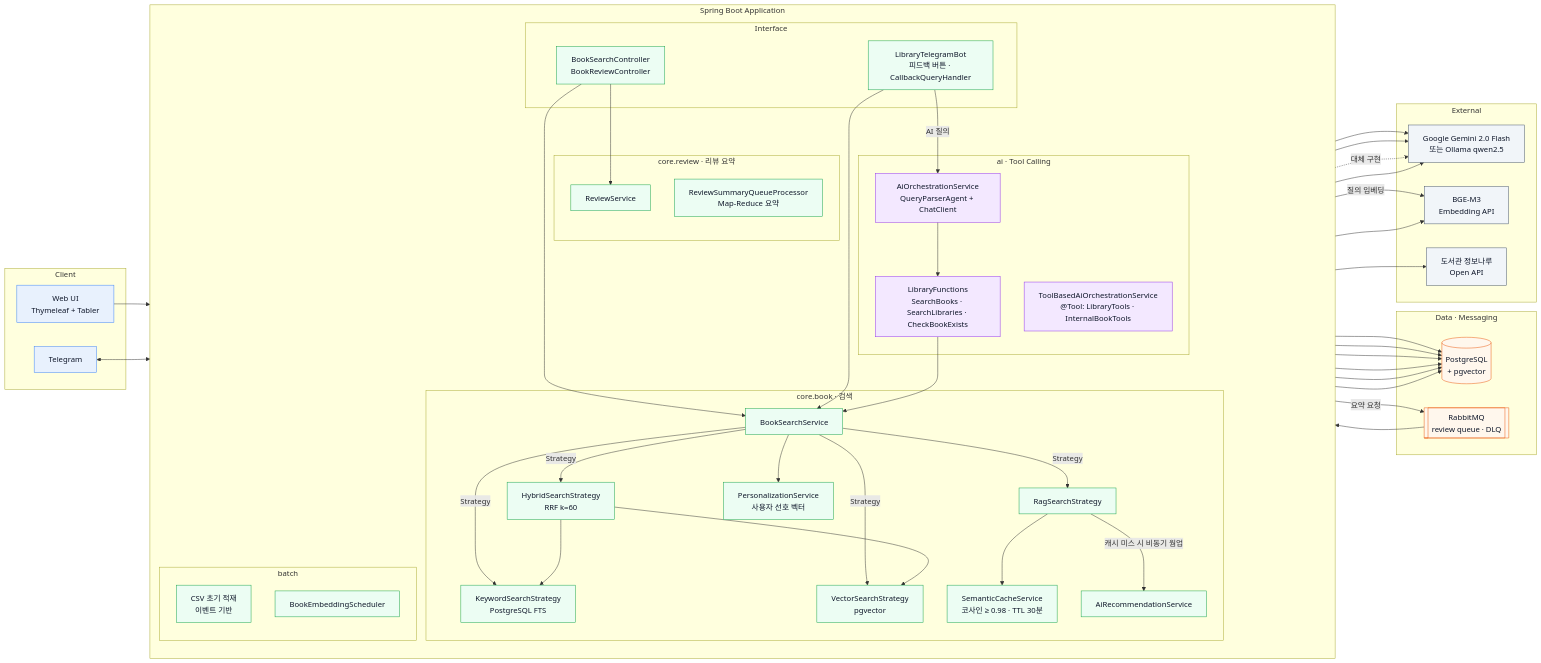
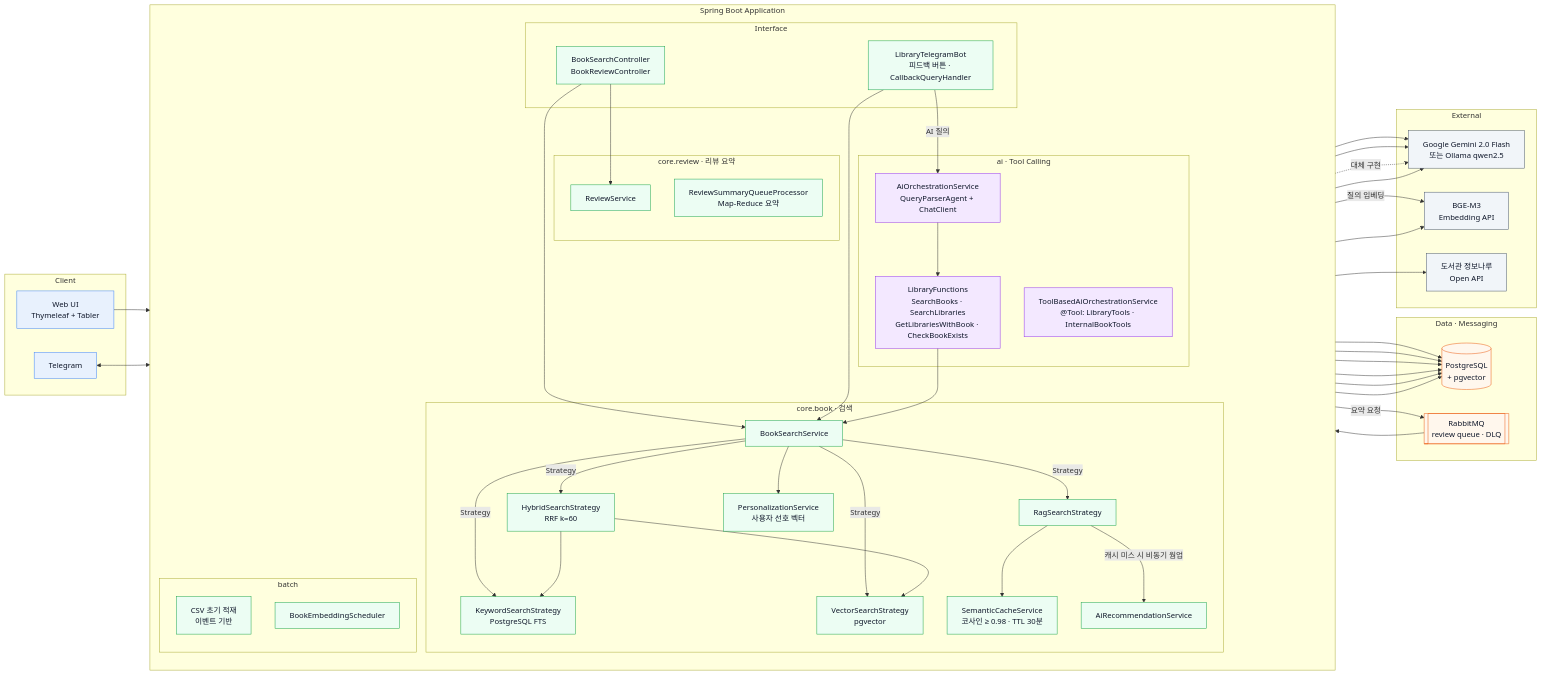
Before and after one commit to nhn-academy-marco/ai-library: the first of 3 diagrams in README.md, drawn with Mermaid. The commit also changed other lines of this file and 15 other files, not shown here.

```diff
--- a/README.md
+++ b/README.md
@@ -114,7 +64,7 @@
 
         subgraph AI["ai · Tool Calling"]
             ORC["AiOrchestrationService<br/>QueryParserAgent + ChatClient"]
-            LF["LibraryFunctions<br/>SearchBooks · SearchLibraries · CheckBookExists"]
+            LF["LibraryFunctions<br/>SearchBooks · SearchLibraries<br/>GetLibrariesWithBook · CheckBookExists"]
             TBO["ToolBasedAiOrchestrationService<br/>@Tool: LibraryTools · InternalBookTools"]
         end
 
```
